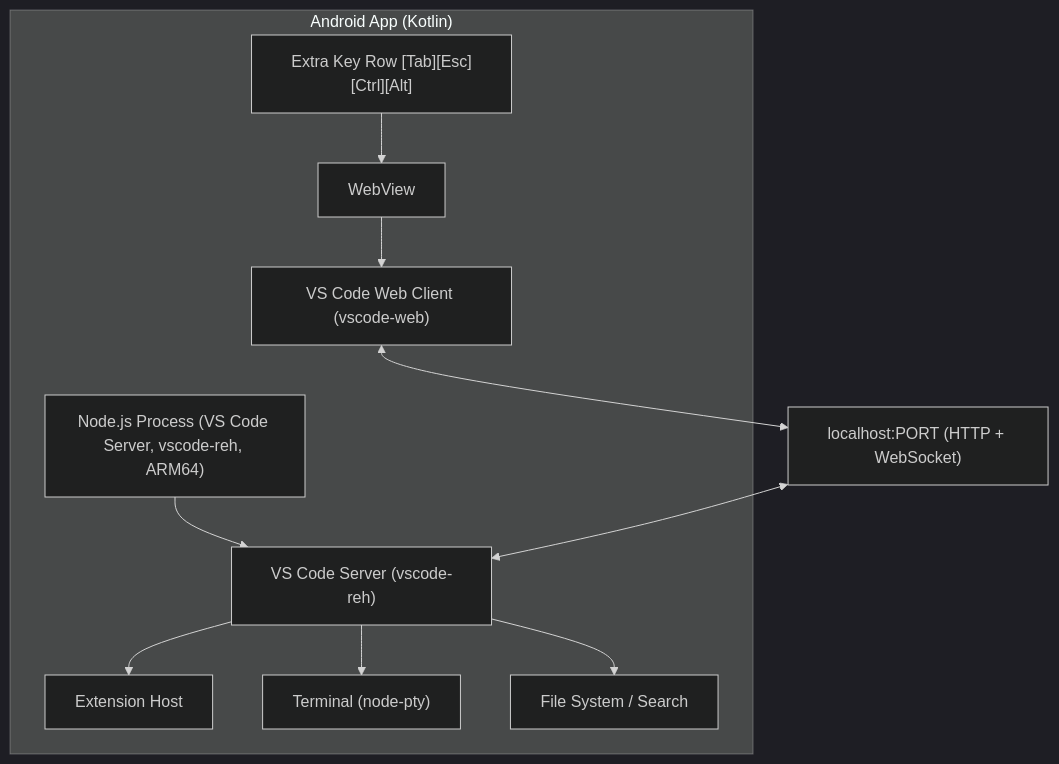
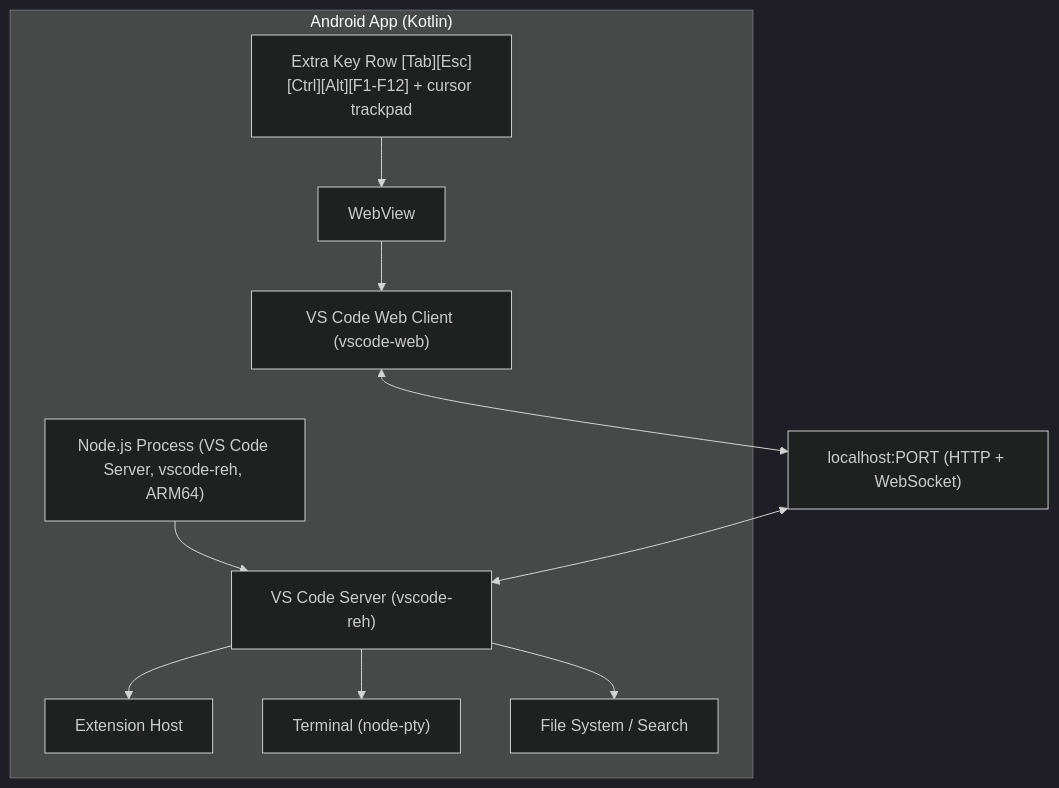
Before and after one commit to cuixinyuan666/vscodroid: the diagram in README.md, drawn with Mermaid (dark theme). The commit also changed other lines of this file and 2 other files, not shown here.

Commit message:
docs(guide): describe the key row the app actually ships
The table listed a plus key that has never been in KeyPages, and
covered none of the trackpad, the pages beyond the first or the
long-press alternates, so most of the row was undocumented while one
documented key did not exist.

Rewritten from KeyPages.defaults, and the guide now names that file
as the source. The trackpad's gears are described by how far the
finger has travelled in one drag, which is what TrackpadGesture
measures; speed is the intuitive wrong answer.

````diff
--- a/README.md
+++ b/README.md
@@ -149,21 +149,21 @@
 ```mermaid
 flowchart TD
   subgraph APP["Android App (Kotlin)"]
     WV["WebView"]
     WEB["VS Code Web Client (vscode-web)"]
-    KEY["Extra Key Row [Tab][Esc][Ctrl][Alt]"]
+    KEY["Extra Key Row [Tab][Esc][Ctrl][Alt][F1-F12] + cursor trackpad"]
     NODE["Node.js Process (VS Code Server, vscode-reh, ARM64)"]
     REH["VS Code Server (vscode-reh)"]
     EXT["Extension Host"]
     TERM["Terminal (node-pty)"]
     FS["File System / Search"]
     WV --> WEB
     NODE --> REH
     REH --> EXT
     REH --> TERM
     REH --> FS
     KEY --> WV
   end
   WEB <--> LOCAL["localhost:PORT (HTTP + WebSocket)"]
   LOCAL <--> REH
 ```
````
